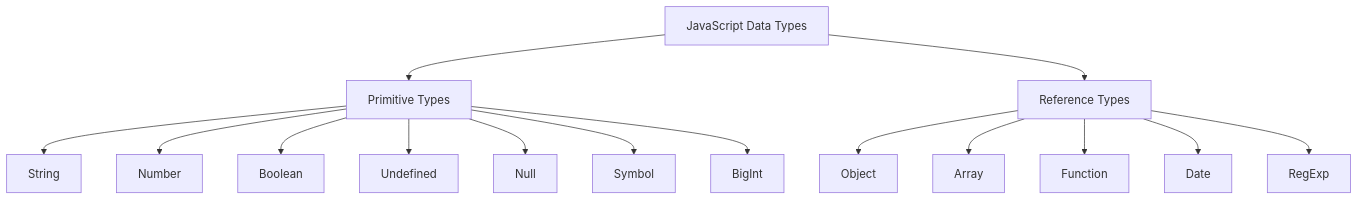
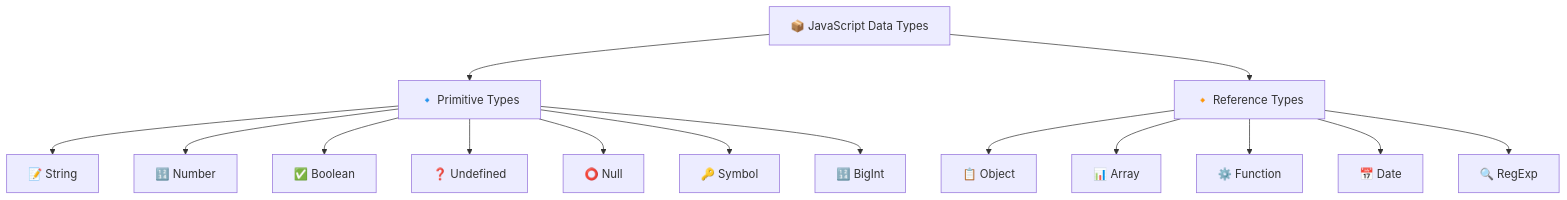
One commit to Santoshpatel112/JAVASCRIPT-P1 changed the sixth of 7 diagrams in ReadMe.md. Above: the diagram before and after it, drawn with Mermaid. The commit also changed other lines of this file, not shown here.

````diff
--- a/ReadMe.md
+++ b/ReadMe.md
@@ -364,19 +361,19 @@
 ```mermaid
 graph TD
-    A[JavaScript Data Types] --> B[Primitive Types]
-    A --> C[Reference Types]
-
-    B --> D[String]
-    B --> E[Number]
-    B --> F[Boolean]
-    B --> G[Undefined]
-    B --> H[Null]
-    B --> I[Symbol]
-    B --> J[BigInt]
-
-    C --> K[Object]
-    C --> L[Array]
-    C --> M[Function]
-    C --> N[Date]
-    C --> O[RegExp]
+    A[📦 JavaScript Data Types] --> B[🔹 Primitive Types]
+    A --> C[🔸 Reference Types]
+    
+    B --> D[📝 String]
+    B --> E[🔢 Number]
+    B --> F[✅ Boolean]
+    B --> G[❓ Undefined]
+    B --> H[⭕ Null]
+    B --> I[🔑 Symbol]
+    B --> J[🔢 BigInt]
+    
+    C --> K[📋 Object]
+    C --> L[📊 Array]
+    C --> M[⚙️ Function]
+    C --> N[📅 Date]
+    C --> O[🔍 RegExp]
 ```
````
